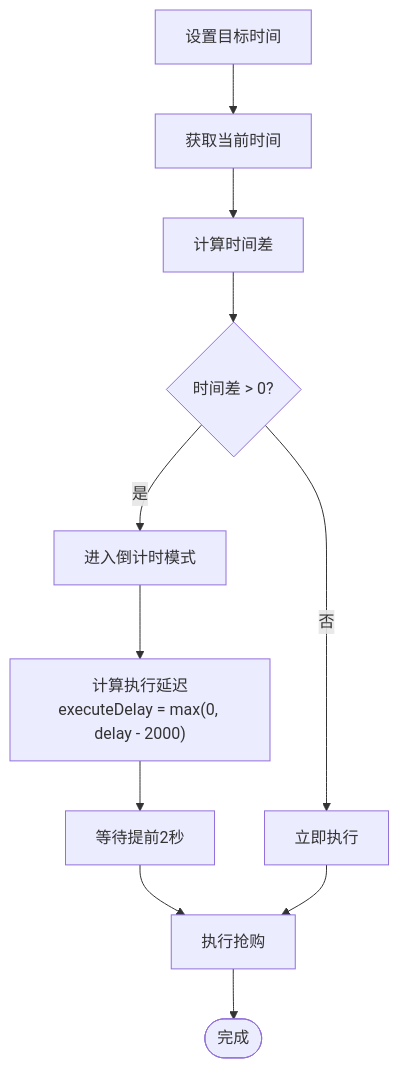
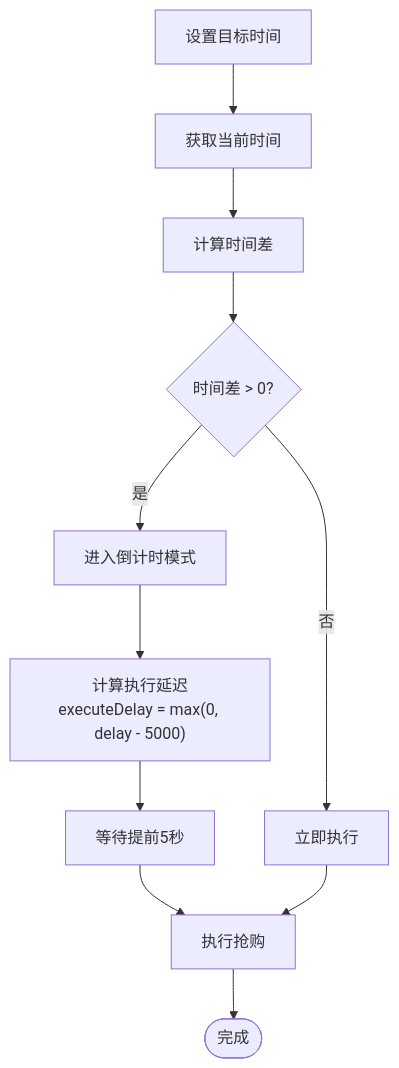
One commit to 16499259-oss/GLM-sniper changed the fifth of 6 diagrams in .qoder/repowiki/zh/content/项目概述/核心功能特性/时间配置系统.md. Above: the diagram before and after it, drawn with Mermaid. The commit also changed other lines of this file and 4 other files, not shown here.

````diff
--- a/.qoder/repowiki/zh/content/项目概述/核心功能特性/时间配置系统.md
+++ b/.qoder/repowiki/zh/content/项目概述/核心功能特性/时间配置系统.md
@@ -229,13 +238,13 @@
 ```mermaid
 flowchart TD
 SetTarget[设置目标时间] --> GetNow[获取当前时间]
 GetNow --> CalcDiff[计算时间差]
 CalcDiff --> CheckFuture{"时间差 > 0?"}
 CheckFuture --> |是| Countdown["进入倒计时模式"]
 CheckFuture --> |否| Immediate["立即执行"]
-Countdown --> CalcExecute["计算执行延迟<br/>executeDelay = max(0, delay - 2000)"]
-CalcExecute --> WaitExecute["等待提前2秒"]
+Countdown --> CalcExecute["计算执行延迟<br/>executeDelay = max(0, delay - 5000)"]
+CalcExecute --> WaitExecute["等待提前5秒"]
 WaitExecute --> Execute["执行抢购"]
 Immediate --> Execute
 Execute --> End([完成])
 ```
````
